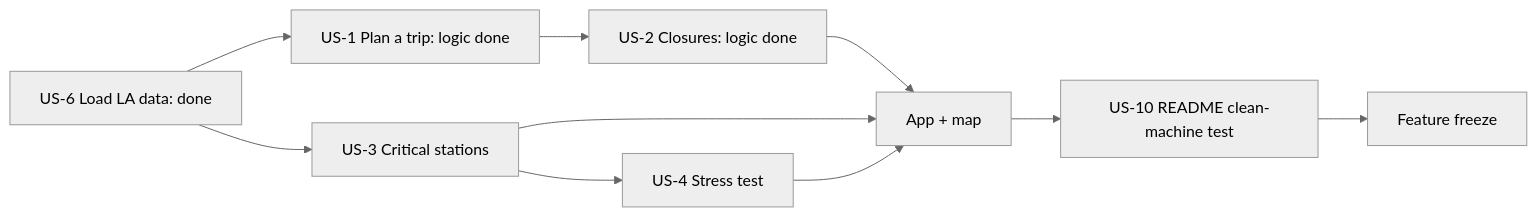
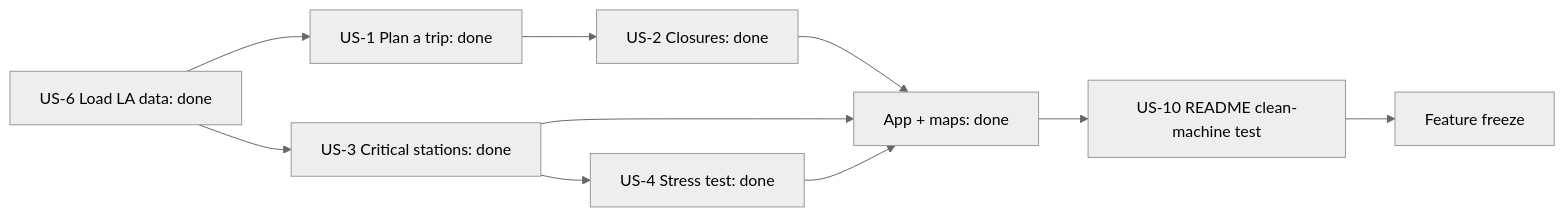
One commit to nathansalzr/metro-breakdown changed the diagram in docs/ROADMAP.md. Above: the diagram before and after it, drawn with Mermaid (neutral theme). The commit also changed other lines of this file and 1 other file, not shown here.

Commit message:
Bring the roadmap and README up to date after US-3 and US-4

````diff
--- a/docs/ROADMAP.md
+++ b/docs/ROADMAP.md
@@ -62,12 +63,12 @@
 ```mermaid
 flowchart LR
-    US6[US-6 Load LA data: done] --> US1[US-1 Plan a trip: logic done]
-    US1 --> US2[US-2 Closures: logic done]
-    US6 --> US3[US-3 Critical stations]
-    US3 --> US4[US-4 Stress test]
-    US2 --> APP[App + map]
+    US6[US-6 Load LA data: done] --> US1[US-1 Plan a trip: done]
+    US1 --> US2[US-2 Closures: done]
+    US6 --> US3[US-3 Critical stations: done]
+    US3 --> US4[US-4 Stress test: done]
+    US2 --> APP[App + maps: done]
     US3 --> APP
     US4 --> APP
     APP --> US10[US-10 README clean-machine test]
     US10 --> FREEZE[Feature freeze]
 ```
````
